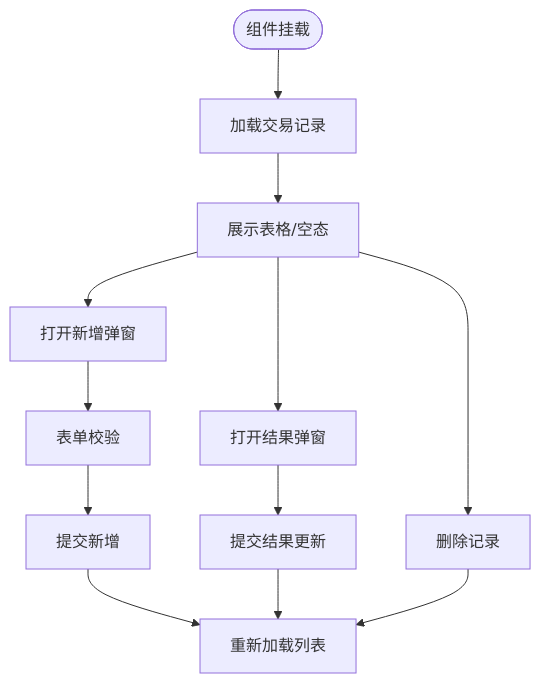
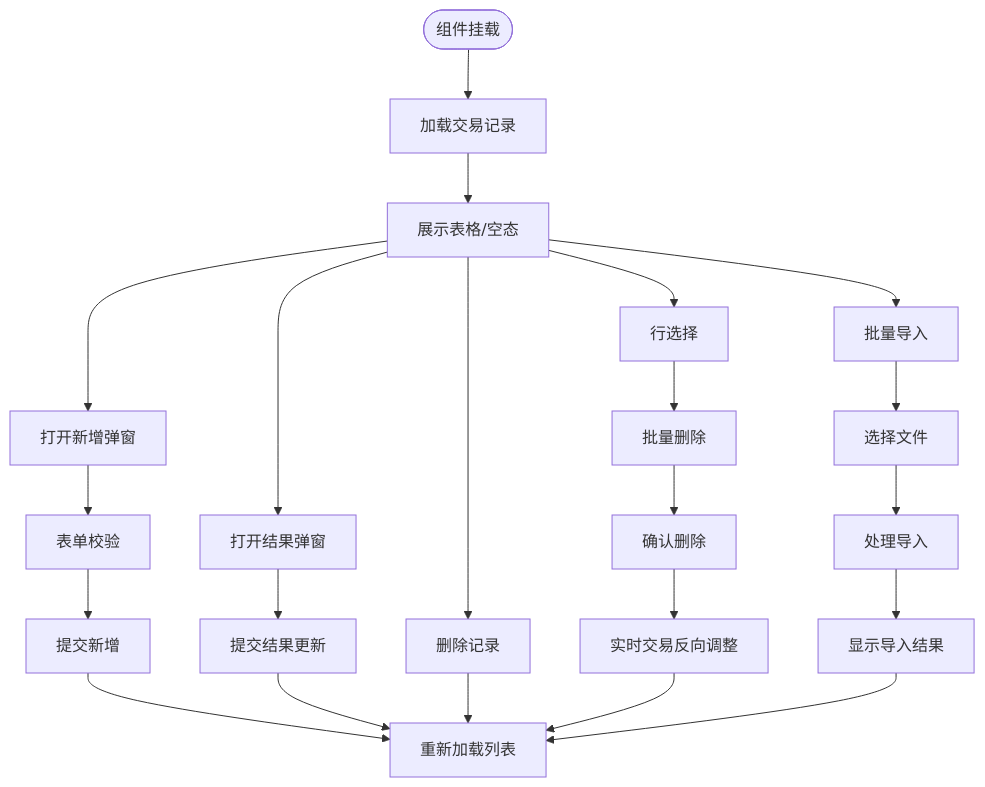
Before and after one commit to Moruime/stock_foker: the fifth of 12 diagrams in .qoder/repowiki/zh/content/前端组件/前端组件.md, drawn with Mermaid. The commit also changed other lines of this file and 10 other files, not shown here.

````diff
--- a/.qoder/repowiki/zh/content/前端组件/前端组件.md
+++ b/.qoder/repowiki/zh/content/前端组件/前端组件.md
@@ -286,14 +291,24 @@
 ```mermaid
 flowchart TD
 Init(["组件挂载"]) --> Load["加载交易记录"]
 Load --> View["展示表格/空态"]
 View --> Add["打开新增弹窗"]
 Add --> Validate["表单校验"]
 Validate --> Create["提交新增"]
 Create --> Reload["重新加载列表"]
 View --> Edit["打开结果弹窗"]
 Edit --> Update["提交结果更新"]
 Update --> Reload
 View --> Del["删除记录"]
 Del --> Reload
+View --> BatchSelect["行选择"]
+BatchSelect --> BatchDelete["批量删除"]
+BatchDelete --> Confirm["确认删除"]
+Confirm --> RealtimeAdjust["实时交易反向调整"]
+RealtimeAdjust --> Reload
+View --> BatchImport["批量导入"]
+BatchImport --> ImportFile["选择文件"]
+ImportFile --> ImportProcess["处理导入"]
+ImportProcess --> ImportResult["显示导入结果"]
+ImportResult --> Reload
 ```
````
